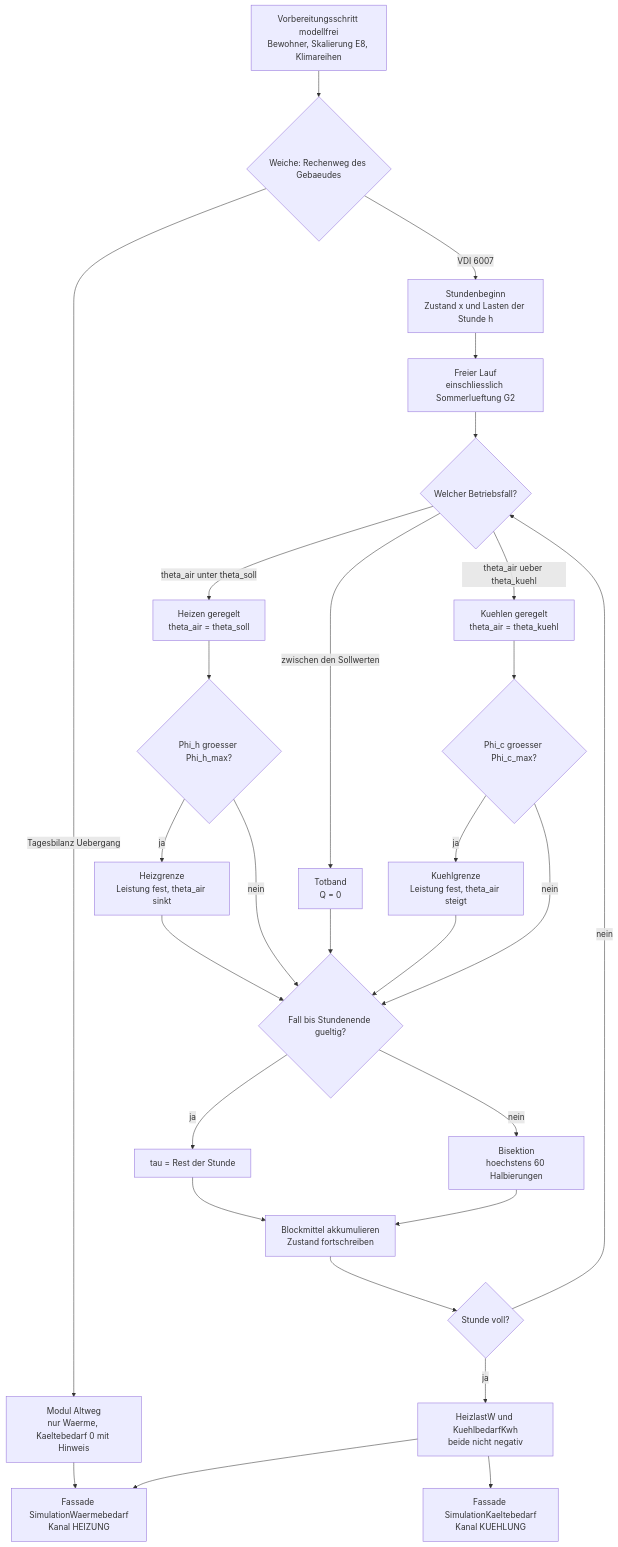
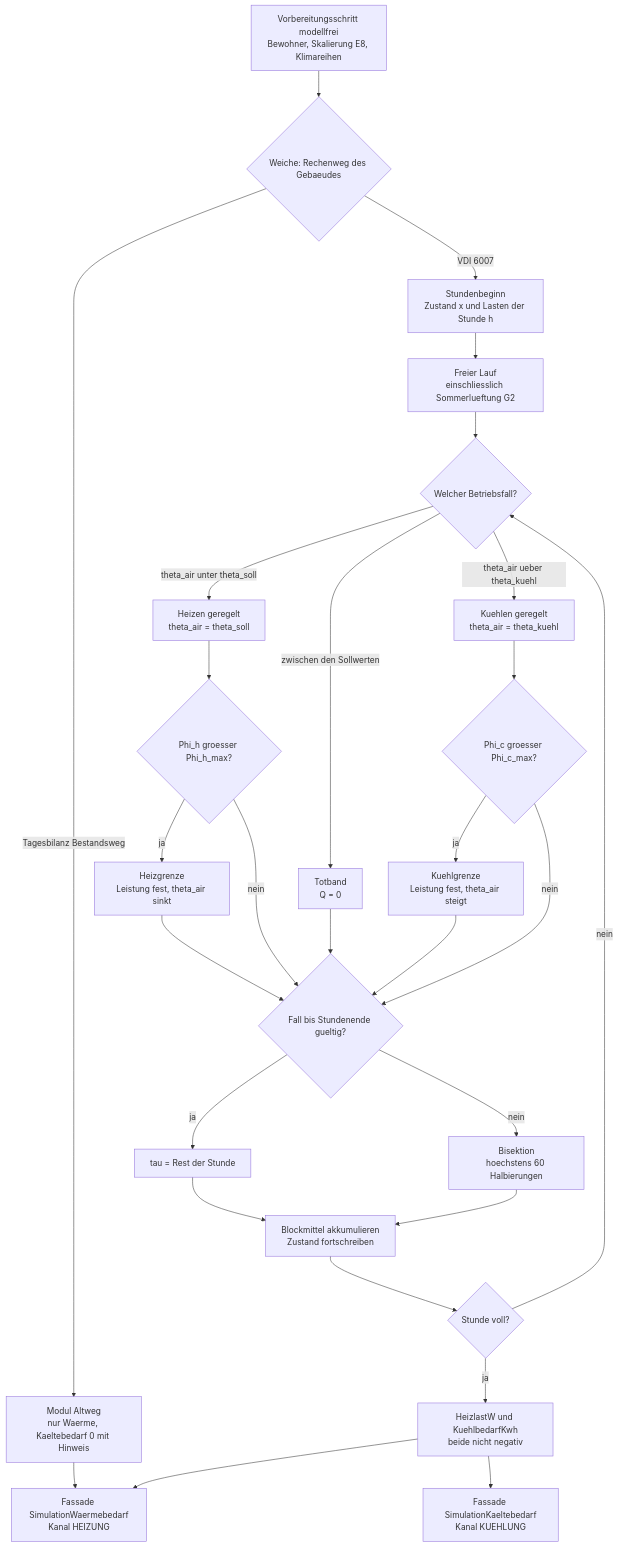
One commit to inekon/EPOS-Plan changed the first of 4 diagrams in Dokumentation/aktuell/Konzept_Kuehlung_Gebaeudesimulation_EPOS-Plan.md. Above: the diagram before and after it, drawn with Mermaid. The commit also changed other lines of this file and 14 other files, not shown here.

````diff
--- a/Dokumentation/aktuell/Konzept_Kuehlung_Gebaeudesimulation_EPOS-Plan.md
+++ b/Dokumentation/aktuell/Konzept_Kuehlung_Gebaeudesimulation_EPOS-Plan.md
@@ -424,30 +436,30 @@
 ```mermaid
 flowchart TD
     VOR["Vorbereitungsschritt modellfrei<br/>Bewohner, Skalierung E8, Klimareihen"] --> WEI{"Weiche: Rechenweg des Gebaeudes"}
-    WEI -->|"Tagesbilanz Uebergang"| ALT["Modul Altweg<br/>nur Waerme, Kaeltebedarf 0 mit Hinweis"]
+    WEI -->|"Tagesbilanz Bestandsweg"| ALT["Modul Altweg<br/>nur Waerme, Kaeltebedarf 0 mit Hinweis"]
     WEI -->|"VDI 6007"| S
     S["Stundenbeginn<br/>Zustand x und Lasten der Stunde h"] --> F["Freier Lauf<br/>einschliesslich Sommerlueftung G2"]
     F --> D{"Welcher Betriebsfall?"}
     D -->|"theta_air unter theta_soll"| H["Heizen geregelt<br/>theta_air = theta_soll"]
     D -->|"zwischen den Sollwerten"| N["Totband<br/>Q = 0"]
     D -->|"theta_air ueber theta_kuehl"| C["Kuehlen geregelt<br/>theta_air = theta_kuehl"]
     H --> HG{"Phi_h groesser Phi_h_max?"}
     C --> CG{"Phi_c groesser Phi_c_max?"}
     HG -->|ja| HL["Heizgrenze<br/>Leistung fest, theta_air sinkt"]
     CG -->|ja| CL["Kuehlgrenze<br/>Leistung fest, theta_air steigt"]
     HG -->|nein| V{"Fall bis Stundenende gueltig?"}
     CG -->|nein| V
     HL --> V
     CL --> V
     N --> V
     V -->|ja| T["tau = Rest der Stunde"]
     V -->|nein| B["Bisektion<br/>hoechstens 60 Halbierungen"]
     T --> A["Blockmittel akkumulieren<br/>Zustand fortschreiben"]
     B --> A
     A --> W{"Stunde voll?"}
     W -->|nein| D
     W -->|ja| E["HeizlastW und KuehlbedarfKwh<br/>beide nicht negativ"]
     E --> FW["Fassade SimulationWaermebedarf<br/>Kanal HEIZUNG"]
     E --> FK["Fassade SimulationKaeltebedarf<br/>Kanal KUEHLUNG"]
     ALT --> FW
 ```
````
